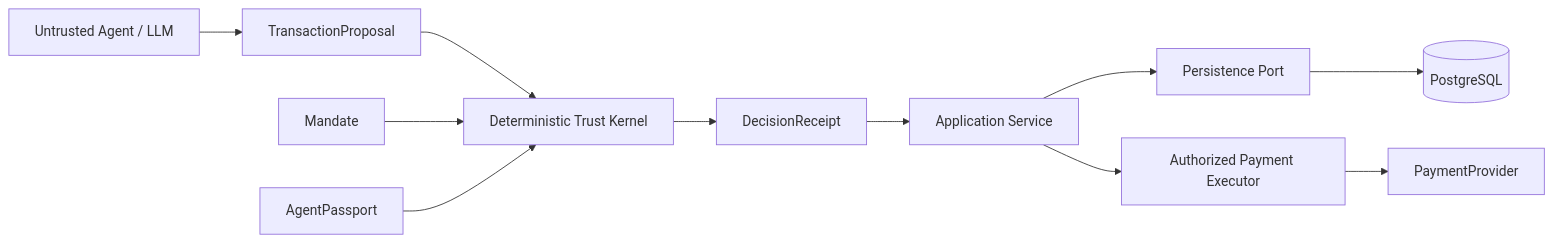
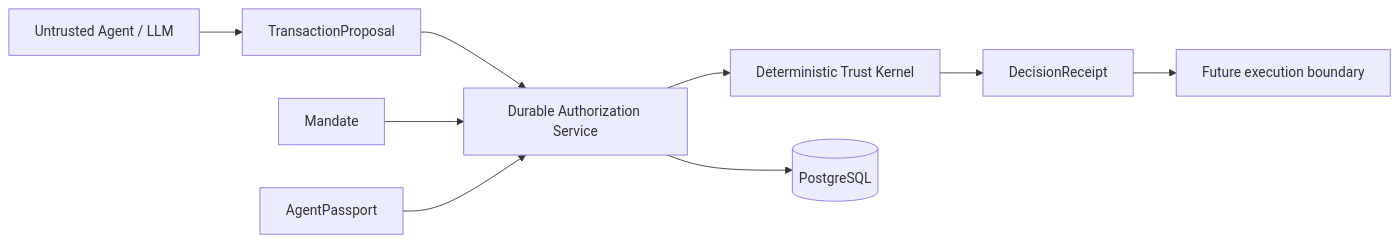
The diagram in docs/ARCHITECTURE.md (VictorCyberDev/PayFlow), drawn with Mermaid before and after one commit. The commit also changed other lines of this file, not shown here.

````diff
--- a/docs/ARCHITECTURE.md
+++ b/docs/ARCHITECTURE.md
@@ -5,13 +5,11 @@
 ```mermaid
 flowchart LR
   U[Untrusted Agent / LLM] --> P[TransactionProposal]
-  P --> K[Deterministic Trust Kernel]
-  M[Mandate] --> K
-  A[AgentPassport] --> K
+  P --> S[Durable Authorization Service]
+  M[Mandate] --> S
+  A[AgentPassport] --> S
+  S --> K[Deterministic Trust Kernel]
   K --> R[DecisionReceipt]
-  R --> S[Application Service]
-  S --> D[Persistence Port]
-  D --> PG[(PostgreSQL)]
-  S --> X[Authorized Payment Executor]
-  X --> PP[PaymentProvider]
+  S --> PG[(PostgreSQL)]
+  R --> X[Future execution boundary]
 ```
````
